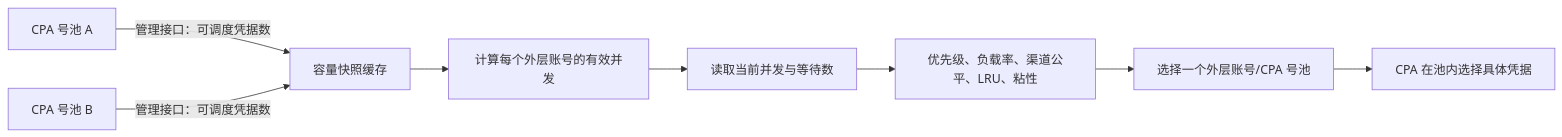
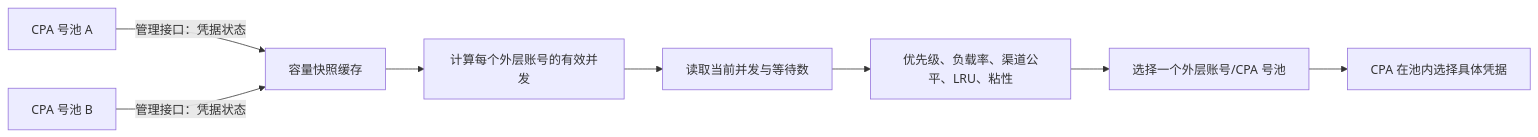
One commit to DR-lin-eng/sub2api-jinjian2api changed the diagram in docs/CPA_POOL_DYNAMIC_LOAD_BALANCING_CN.md. Above: the diagram before and after it, drawn with Mermaid. The commit also changed other lines of this file and 34 other files, not shown here.

````diff
--- a/docs/CPA_POOL_DYNAMIC_LOAD_BALANCING_CN.md
+++ b/docs/CPA_POOL_DYNAMIC_LOAD_BALANCING_CN.md
@@ -18,10 +18,10 @@
 ```mermaid
 flowchart LR
-    CPA_A["CPA 号池 A"] -->|"管理接口：可调度凭据数"| SNAPSHOT["容量快照缓存"]
-    CPA_B["CPA 号池 B"] -->|"管理接口：可调度凭据数"| SNAPSHOT
+    CPA_A["CPA 号池 A"] -->|"管理接口：凭据状态"| SNAPSHOT["容量快照缓存"]
+    CPA_B["CPA 号池 B"] -->|"管理接口：凭据状态"| SNAPSHOT
     SNAPSHOT --> CAPACITY["计算每个外层账号的有效并发"]
     CAPACITY --> LOAD["读取当前并发与等待数"]
     LOAD --> POLICY["优先级、负载率、渠道公平、LRU、粘性"]
     POLICY --> ACCOUNT["选择一个外层账号/CPA 号池"]
     ACCOUNT --> CREDENTIAL["CPA 在池内选择具体凭据"]
 ```
````
